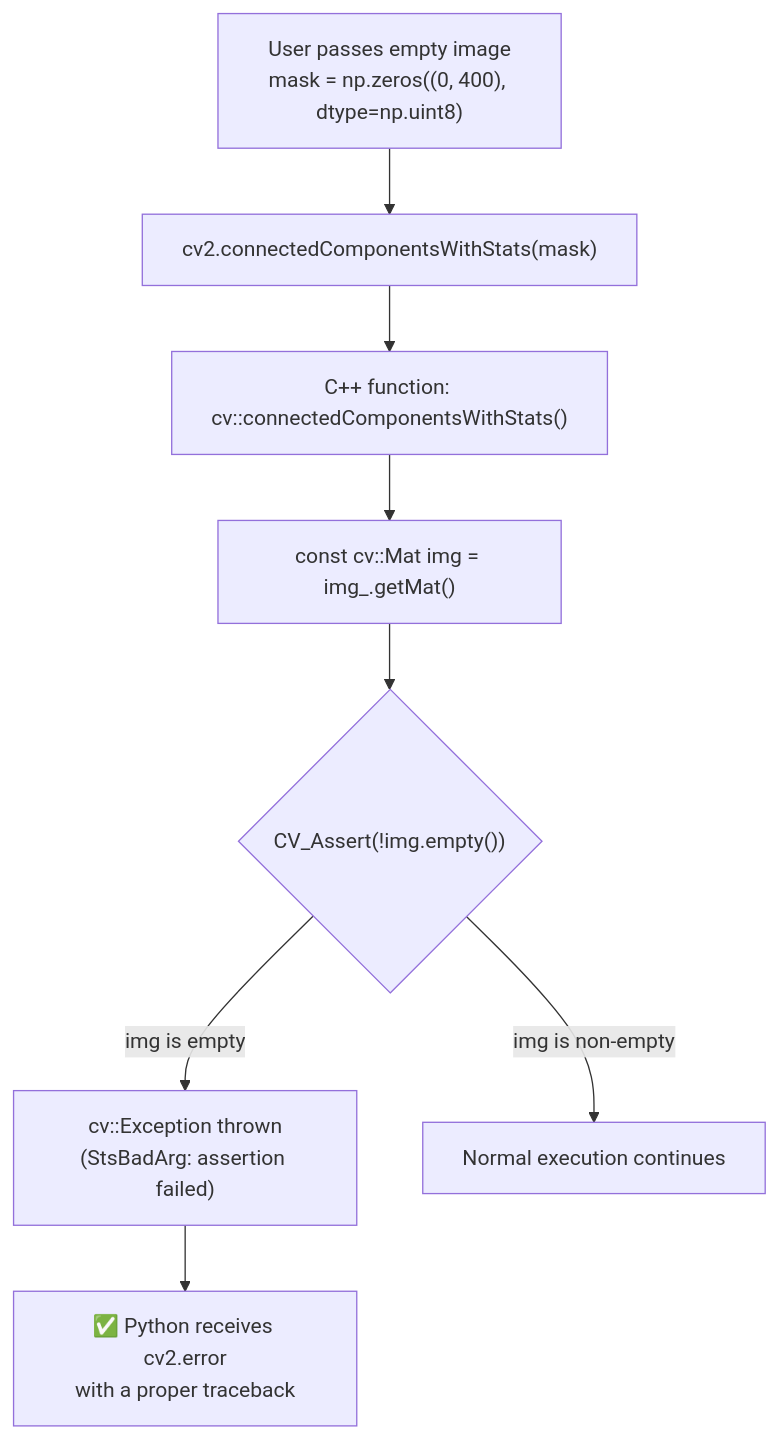
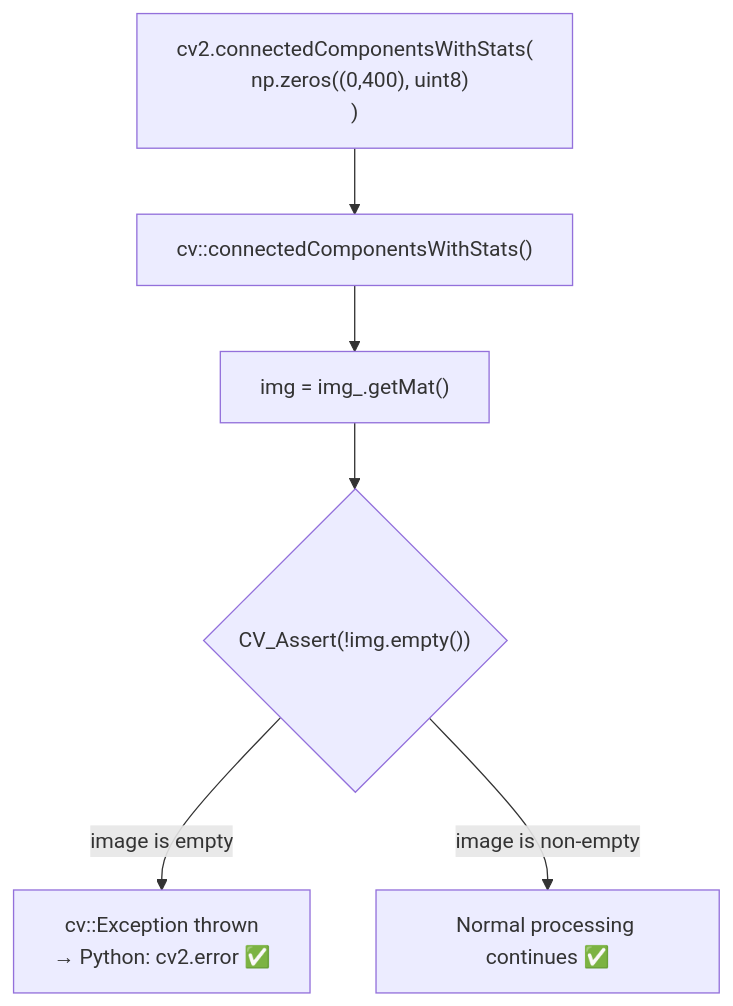
The sixth of 11 diagrams in FIXES_DOCUMENTATION.md (varun-projects/opencv), drawn with Mermaid before and after one commit. The commit also changed other lines of this file, not shown here.

First line of the commit message:
docs: complete documentation with all 5 PRs, flowcharts and PR descriptions

````diff
--- a/FIXES_DOCUMENTATION.md
+++ b/FIXES_DOCUMENTATION.md
@@ -219,10 +187,8 @@
 ```mermaid
 flowchart TD
-    A["User passes empty image\nmask = np.zeros((0, 400), dtype=np.uint8)"] --> B["cv2.connectedComponentsWithStats(mask)"]
-    B --> C["C++ function: cv::connectedComponentsWithStats()"]
-    C --> D["const cv::Mat img = img_.getMat()"]
-    D --> E{"CV_Assert(!img.empty())"}
-    E -->|"img is empty"| F["cv::Exception thrown\n(StsBadArg: assertion failed)"]
-    F --> G["✅ Python receives cv2.error\nwith a proper traceback"]
-    E -->|"img is non-empty"| H["Normal execution continues"]
+    A["cv2.connectedComponentsWithStats(\n  np.zeros((0,400), uint8)\n)"] --> B["cv::connectedComponentsWithStats()"]
+    B --> C["img = img_.getMat()"]
+    C --> D{"CV_Assert(!img.empty())"}
+    D -->|"image is empty"| E["cv::Exception thrown\n→ Python: cv2.error ✅"]
+    D -->|"image is non-empty"| F["Normal processing continues ✅"]
 ```
````
